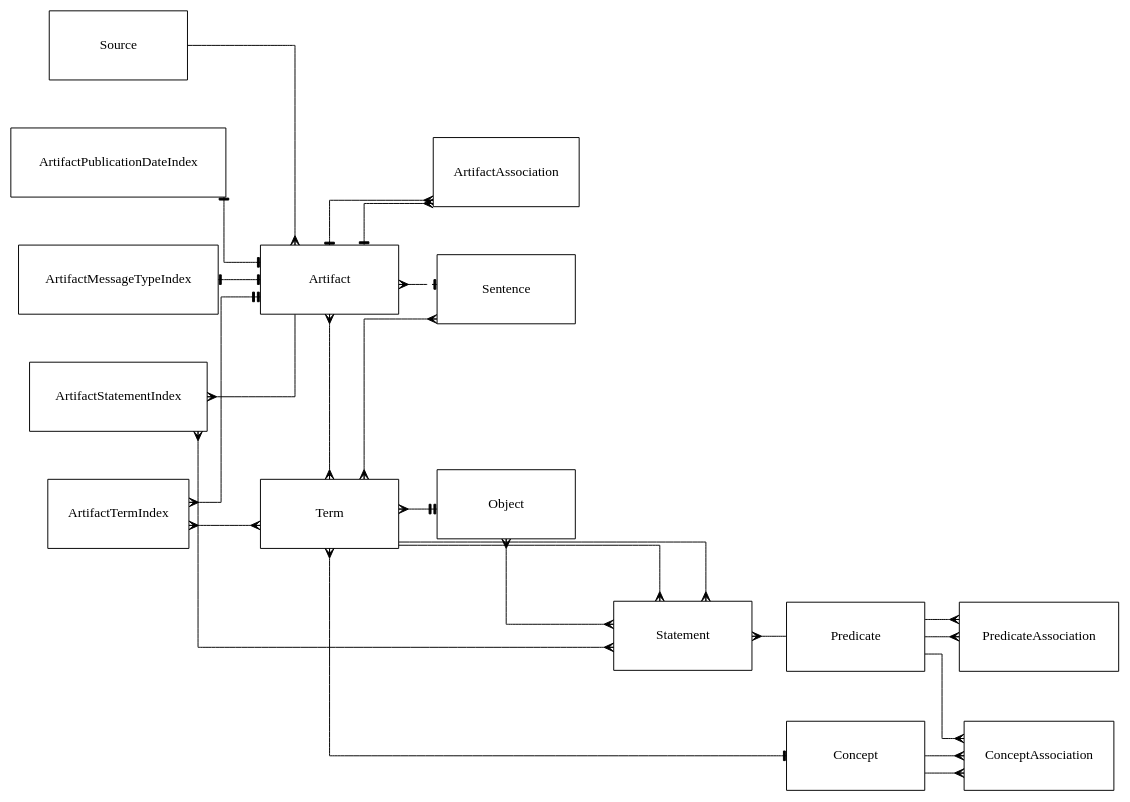
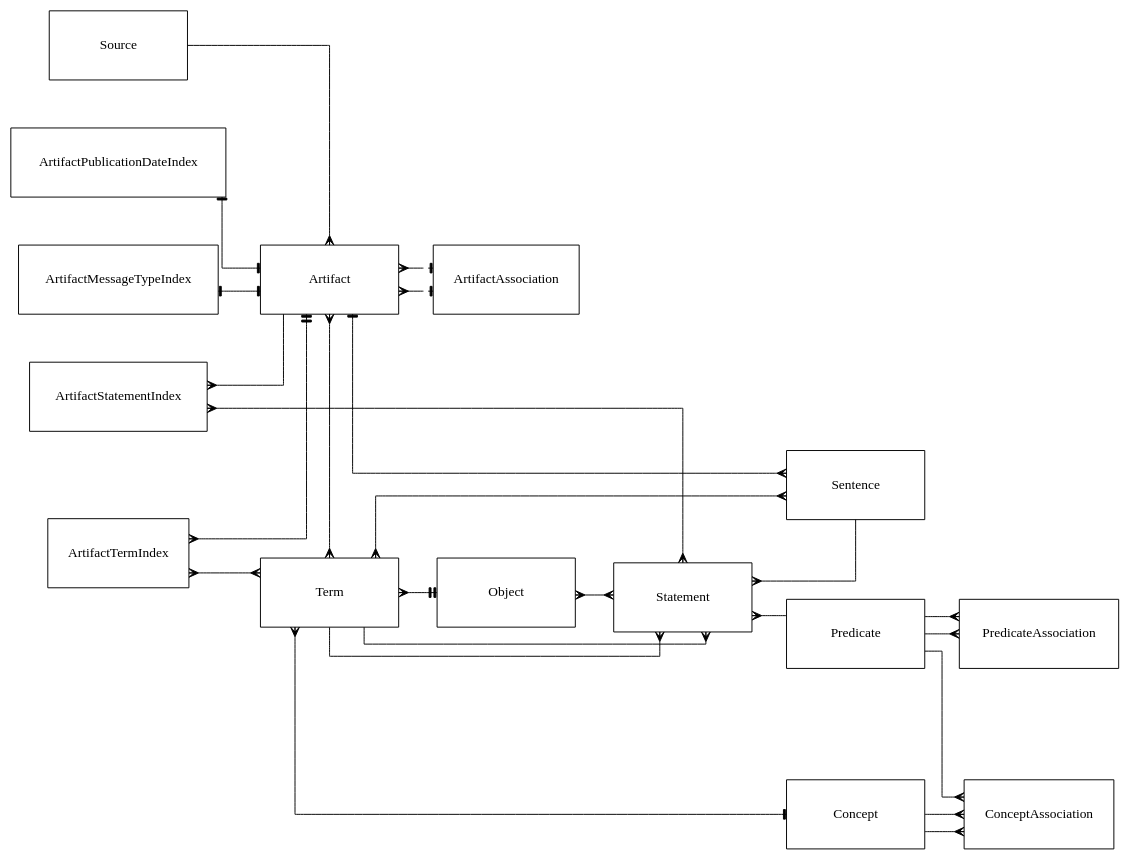
The diagram in docs/erd.gv (lumifyio/lumify-data), drawn with Graphviz before and after one commit.

```diff
--- a/docs/erd.gv
+++ b/docs/erd.gv
@@ -1,45 +1,46 @@
 digraph models_diagram {
   graph [splines=ortho, nodesep=0.7]
   node [shape=box, width=2, height=1]
   rankdir = LR
 
   "Source"
   "ArtifactAssociation"
   "Sentence"
   "Artifact"
   "ArtifactStatementIndex"
   "Concept"
   "Statement"
   "ConceptAssociation"
   "Term"
   "ArtifactTermIndex"
   "Predicate"
   "PredicateAssociation"
   "Object"
   "ArtifactPublicationDateIndex"
   "ArtifactMessageTypeIndex"
 
   "Term" -> "Statement" [arrowtail=none, arrowhead=crow, dir=both]
   "Term" -> "Statement" [arrowtail=none, arrowhead=crow, dir=both]
   "Term" -> "Object" [arrowtail=teetee, arrowhead=crow, dir=both]
   "Object" -> "Statement" [arrowtail=crow, arrowhead=crow, dir=both]
   "Statement" -> "Predicate" [arrowtail=crow, arrowhead=none, dir=both]
+  "Statement" -> "Sentence" [arrowtail=crow, arrowhead=none, dir=both]
   "Predicate" -> "PredicateAssociation" [arrowtail=none, arrowhead=crow, dir=both]
   "Predicate" -> "PredicateAssociation" [arrowtail=none, arrowhead=crow, dir=both]
   "Predicate" -> "ConceptAssociation" [arrowtail=none, arrowhead=crow, dir=both]
   "Concept" -> "ConceptAssociation" [arrowtail=none, arrowhead=crow, dir=both]
   "Concept" -> "ConceptAssociation" [arrowtail=none, arrowhead=crow, dir=both]
   "ArtifactTermIndex" -> "Artifact" [arrowtail=crow, arrowhead=teetee, dir=both]
   "ArtifactTermIndex" -> "Term" [arrowtail=crow, arrowhead=crow, dir=both]
   { rank=same; "Artifact" -> "Term" [arrowtail=crow, arrowhead=crow, dir=both]}
   "Term" -> "Concept" [arrowtail=crow, arrowhead=tee, dir=both]
   "ArtifactStatementIndex" -> "Statement" [arrowtail=crow, arrowhead=crow, dir=both]
   "ArtifactStatementIndex" -> "Artifact" [arrowtail=crow, arrowhead=none, dir=both]
   "Sentence" -> "Term" [arrowtail=crow, arrowhead=crow, dir=both]
   "Artifact" -> "Sentence" [arrowtail=tee, arrowhead=crow, dir=both]
   "Artifact" -> "ArtifactAssociation" [arrowtail=tee, arrowhead=crow, dir=both]
   "Artifact" -> "ArtifactAssociation" [arrowtail=tee, arrowhead=crow, dir=both]
   "Source" -> "Artifact" [arrowtail=none, arrowhead=crow, dir=both]
   "ArtifactPublicationDateIndex" -> "Artifact" [arrowtail=tee, arrowhead=tee, dir=both]
   "ArtifactMessageTypeIndex" -> "Artifact" [arrowtail=tee, arrowhead=tee, dir=both]
 }
```
